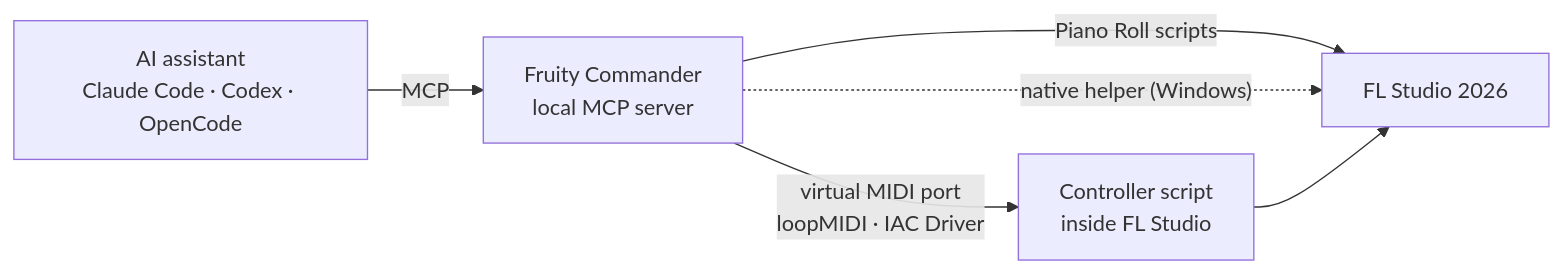
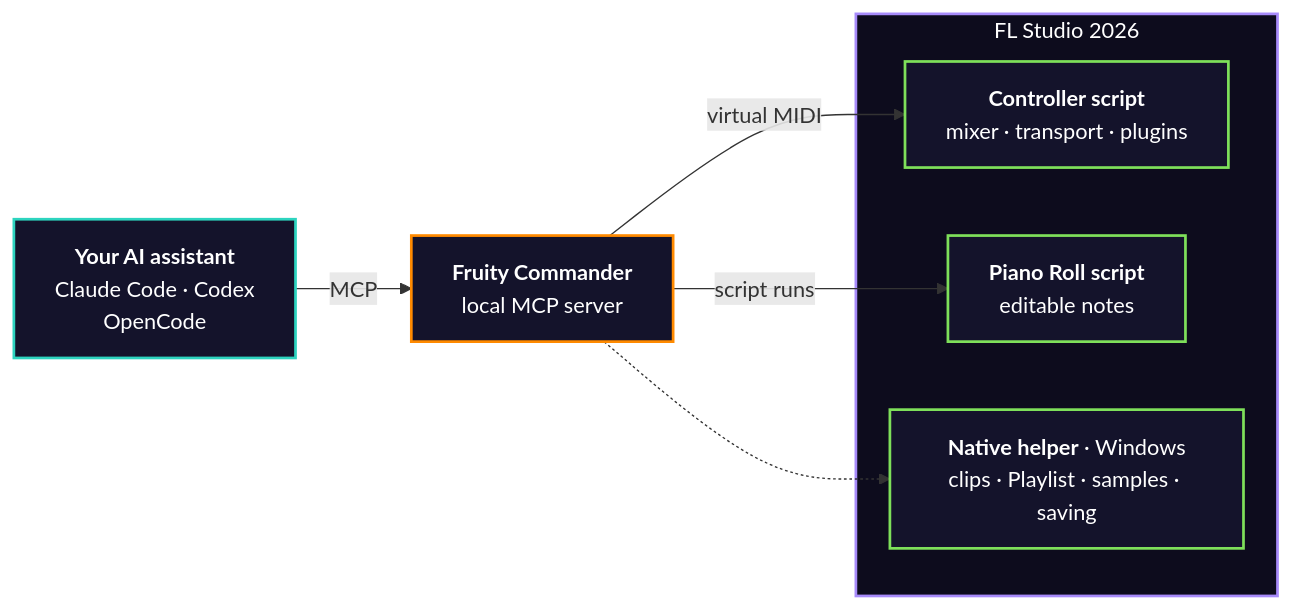
Before and after one commit to ossianravn/fruity-commander-2000: the diagram in README.md, drawn with Mermaid.

Commit message:
Make the README architecture diagram compact and on-brand

````diff
--- a/README.md
+++ b/README.md
@@ -73,8 +73,19 @@
 ```mermaid
 flowchart LR
-    A["AI assistant<br/>Claude Code · Codex · OpenCode"] -- MCP --> B["Fruity Commander<br/>local MCP server"]
-    B -- "virtual MIDI port<br/>loopMIDI · IAC Driver" --> C["Controller script<br/>inside FL Studio"]
-    B -- "Piano Roll scripts" --> D["FL Studio 2026"]
-    B -. "native helper (Windows)" .-> D
-    C --> D
+    A["<b>Your AI assistant</b><br/>Claude Code · Codex<br/>OpenCode"] -->|MCP| B["<b>Fruity Commander</b><br/>local MCP server"]
+    subgraph FL["FL Studio 2026"]
+        C["<b>Controller script</b><br/>mixer · transport · plugins"]
+        D["<b>Piano Roll script</b><br/>editable notes"]
+        E["<b>Native helper</b> · Windows<br/>clips · Playlist · samples · saving"]
+    end
+    B -->|virtual MIDI| C
+    B -->|script runs| D
+    B -.-> E
+    classDef assistant fill:#14132b,stroke:#2dd4bf,stroke-width:2px,color:#ffffff
+    classDef server fill:#14132b,stroke:#ff8a00,stroke-width:2px,color:#ffffff
+    classDef host fill:#14132b,stroke:#7ee05a,stroke-width:2px,color:#ffffff
+    class A assistant
+    class B server
+    class C,D,E host
+    style FL fill:#0d0c1d,stroke:#a78bfa,stroke-width:2px,color:#ffffff
 ```
````
